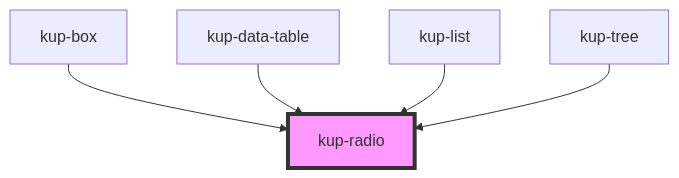
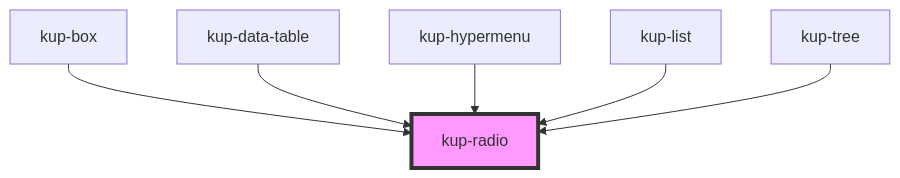
The diagram in packages/ketchup/src/components/kup-radio/readme.md (smeup/ketch.up), drawn with Mermaid before and after one commit. The commit also changed other lines of this file and 25 other files, not shown here.

````diff
--- a/packages/ketchup/src/components/kup-radio/readme.md
+++ b/packages/ketchup/src/components/kup-radio/readme.md
@@ -69,8 +70,9 @@
 ```mermaid
 graph TD;
   kup-box --> kup-radio
   kup-data-table --> kup-radio
+  kup-hypermenu --> kup-radio
   kup-list --> kup-radio
   kup-tree --> kup-radio
   style kup-radio fill:#f9f,stroke:#333,stroke-width:4px
 ```
````
